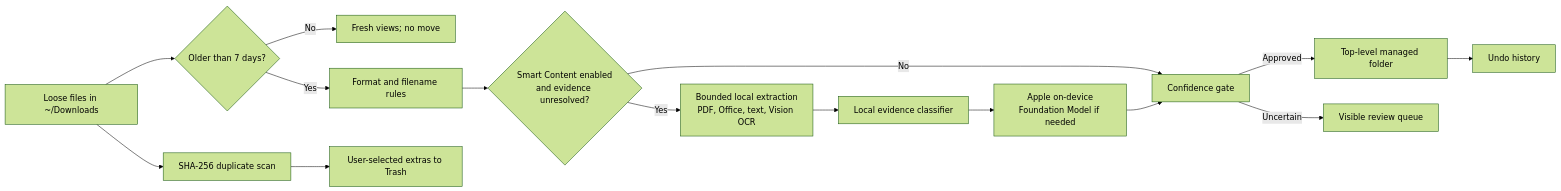
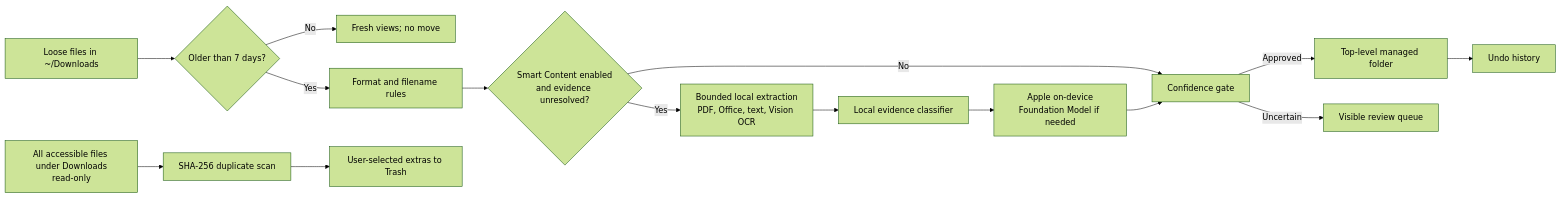
Before and after one commit to M-Nabeegh/FileMorrow: the diagram in README.md, drawn with Mermaid (forest theme). The commit also changed other lines of this file, not shown here.

````diff
--- a/README.md
+++ b/README.md
@@ -171,17 +179,17 @@
 ```mermaid
 flowchart LR
     D["Loose files in ~/Downloads"] --> A{"Older than 7 days?"}
     A -- "No" --> F["Fresh views; no move"]
     A -- "Yes" --> R["Format and filename rules"]
     R --> C{"Smart Content enabled<br>and evidence unresolved?"}
     C -- "No" --> Q["Confidence gate"]
     C -- "Yes" --> E["Bounded local extraction<br>PDF, Office, text, Vision OCR"]
     E --> L["Local evidence classifier"]
     L --> M["Apple on-device<br>Foundation Model if needed"]
     M --> Q
     Q -- "Approved" --> O["Top-level managed folder"]
     Q -- "Uncertain" --> V["Visible review queue"]
     O --> U["Undo history"]
-    D --> H["SHA-256 duplicate scan"]
+    X["All accessible files under Downloads<br>read-only"] --> H["SHA-256 duplicate scan"]
     H --> T["User-selected extras to Trash"]
 ```
````
